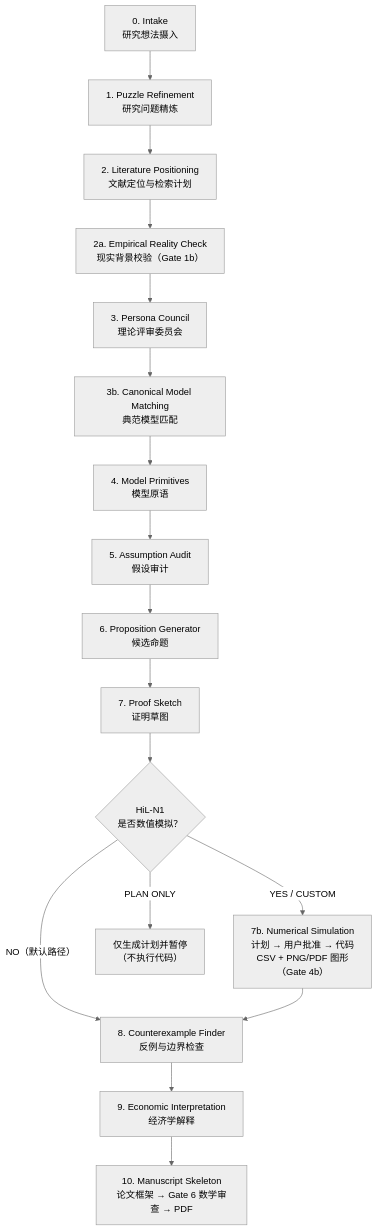
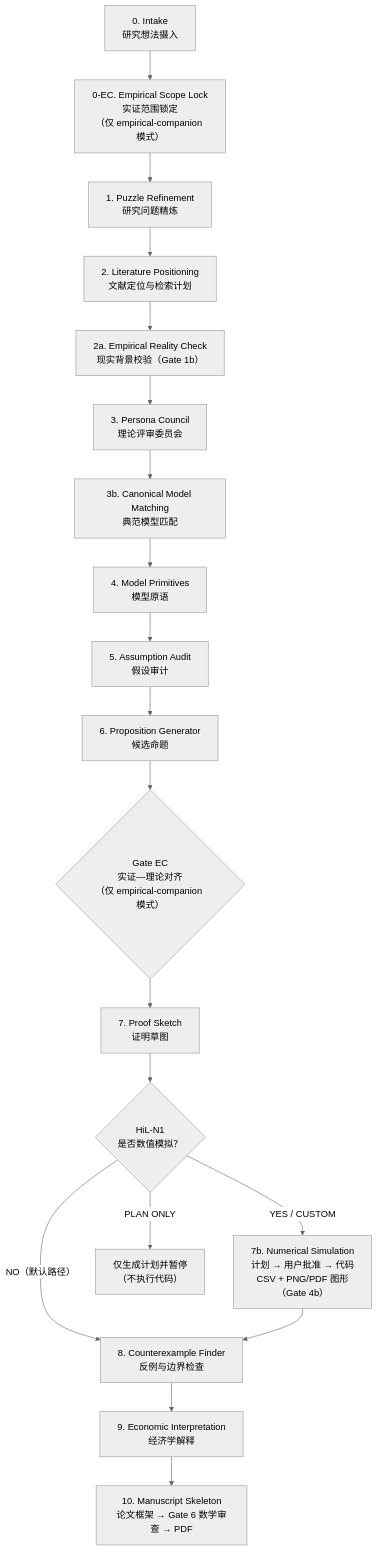
Before and after one commit to maxwell2732/pAI-Econ-claude: the diagram in README.md, drawn with Mermaid (neutral theme). The commit also changed other lines of this file and 29 other files, not shown here.

First line of the commit message:
v1.4.0: Add empirical-companion mode

````diff
--- a/README.md
+++ b/README.md
@@ -341,19 +516,21 @@
 ```mermaid
 flowchart TD
-    A["0. Intake<br/>研究想法摄入"] --> B["1. Puzzle Refinement<br/>研究问题精炼"]
+    A["0. Intake<br/>研究想法摄入"] --> A2["0-EC. Empirical Scope Lock<br/>实证范围锁定<br/>（仅 empirical-companion 模式）"]
+    A2 --> B["1. Puzzle Refinement<br/>研究问题精炼"]
     B --> C["2. Literature Positioning<br/>文献定位与检索计划"]
     C --> C2["2a. Empirical Reality Check<br/>现实背景校验（Gate 1b）"]
     C2 --> D["3. Persona Council<br/>理论评审委员会"]
     D --> E["3b. Canonical Model Matching<br/>典范模型匹配"]
     E --> F["4. Model Primitives<br/>模型原语"]
     F --> G["5. Assumption Audit<br/>假设审计"]
     G --> H["6. Proposition Generator<br/>候选命题"]
-    H --> I["7. Proof Sketch<br/>证明草图"]
+    H --> HE{"Gate EC<br/>实证—理论对齐<br/>（仅 empirical-companion 模式）"}
+    HE --> I["7. Proof Sketch<br/>证明草图"]
     I --> N1{"HiL-N1<br/>是否数值模拟？"}
     N1 -- "NO（默认路径）" --> J["8. Counterexample Finder<br/>反例与边界检查"]
     N1 -- "YES / CUSTOM" --> N2["7b. Numerical Simulation<br/>计划 → 用户批准 → 代码<br/>CSV + PNG/PDF 图形<br/>（Gate 4b）"]
     N1 -- "PLAN ONLY" --> NP["仅生成计划并暂停<br/>（不执行代码）"]
     N2 --> J
     J --> K["9. Economic Interpretation<br/>经济学解释"]
     K --> L["10. Manuscript Skeleton<br/>论文框架 → Gate 6 数学审查 → PDF"]
 ```
````
